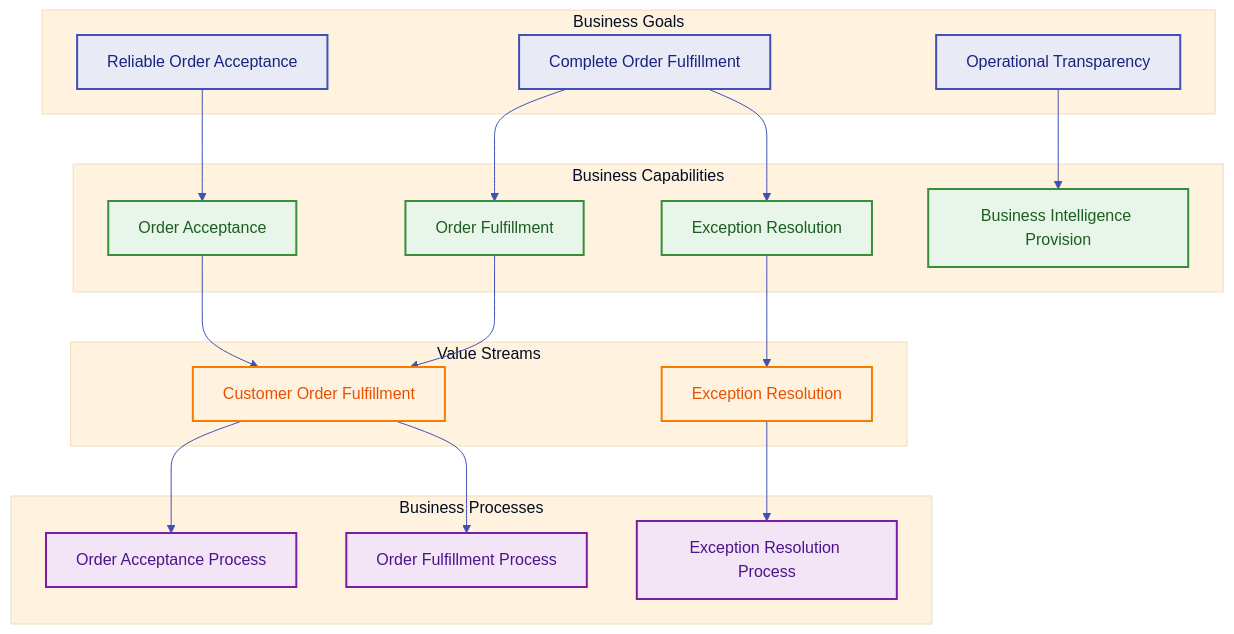
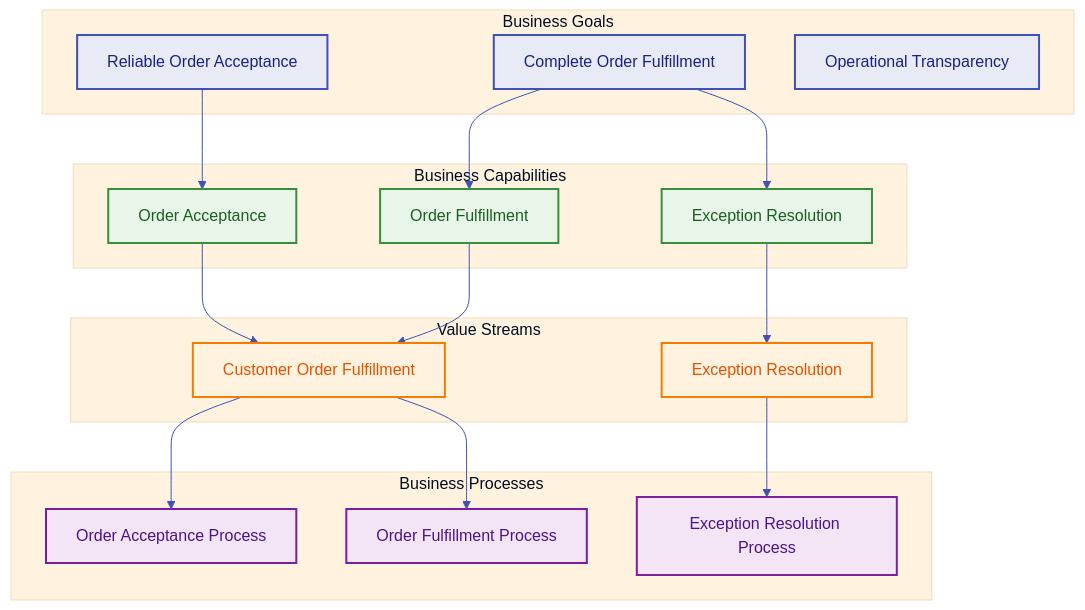
The seventh of 7 diagrams in docs/architecture/01-business-architecture.md (Evilazaro/Azure-LogicApps-Monitoring), drawn with Mermaid before and after one commit. The commit also changed other lines of this file, not shown here.

Commit message:
Refine Business Architecture document: enhance clarity in order management processes, update stakeholder expectations, and improve value stream definitions

````diff
--- a/docs/architecture/01-business-architecture.md
+++ b/docs/architecture/01-business-architecture.md
@@ -767,50 +727,48 @@
 ```mermaid
 %%{init: {'theme':'base', 'themeVariables': { 'primaryColor':'#e8eaf6','primaryTextColor':'#1a237e','primaryBorderColor':'#3f51b5','lineColor':'#3f51b5','secondaryColor':'#e8f5e9','tertiaryColor':'#fff3e0'}}}%%
 flowchart TB
     subgraph GOALS["Business Goals"]
         G1[Reliable Order Acceptance]
         G2[Complete Order Fulfillment]
         G3[Operational Transparency]
     end
 
     subgraph CAPS["Business Capabilities"]
         C1[Order Acceptance]
         C2[Order Fulfillment]
         C3[Exception Resolution]
-        C4[Business Intelligence Provision]
     end
 
     subgraph VS["Value Streams"]
         V1[Customer Order Fulfillment]
         V2[Exception Resolution]
     end
 
     subgraph PROC["Business Processes"]
         P1[Order Acceptance Process]
         P2[Order Fulfillment Process]
         P3[Exception Resolution Process]
     end
 
     G1 --> C1
     G2 --> C2
     G2 --> C3
-    G3 --> C4
 
     C1 --> V1
     C2 --> V1
     C3 --> V2
 
     V1 --> P1
     V1 --> P2
     V2 --> P3
 
     classDef goal fill:#e8eaf6,stroke:#3f51b5,stroke-width:2px,color:#1a237e
     classDef cap fill:#e8f5e9,stroke:#388e3c,stroke-width:2px,color:#1b5e20
     classDef value fill:#fff3e0,stroke:#f57c00,stroke-width:2px,color:#e65100
     classDef process fill:#f3e5f5,stroke:#7b1fa2,stroke-width:2px,color:#4a148c
 
     class G1,G2,G3 goal
-    class C1,C2,C3,C4 cap
+    class C1,C2,C3 cap
     class V1,V2 value
     class P1,P2,P3 process
 ```
````
